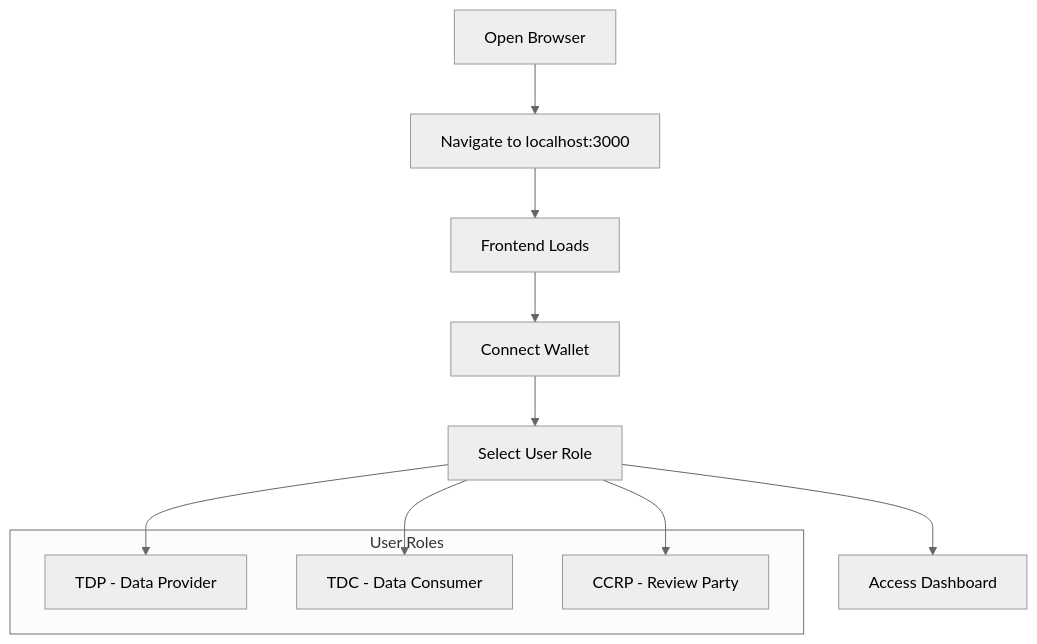
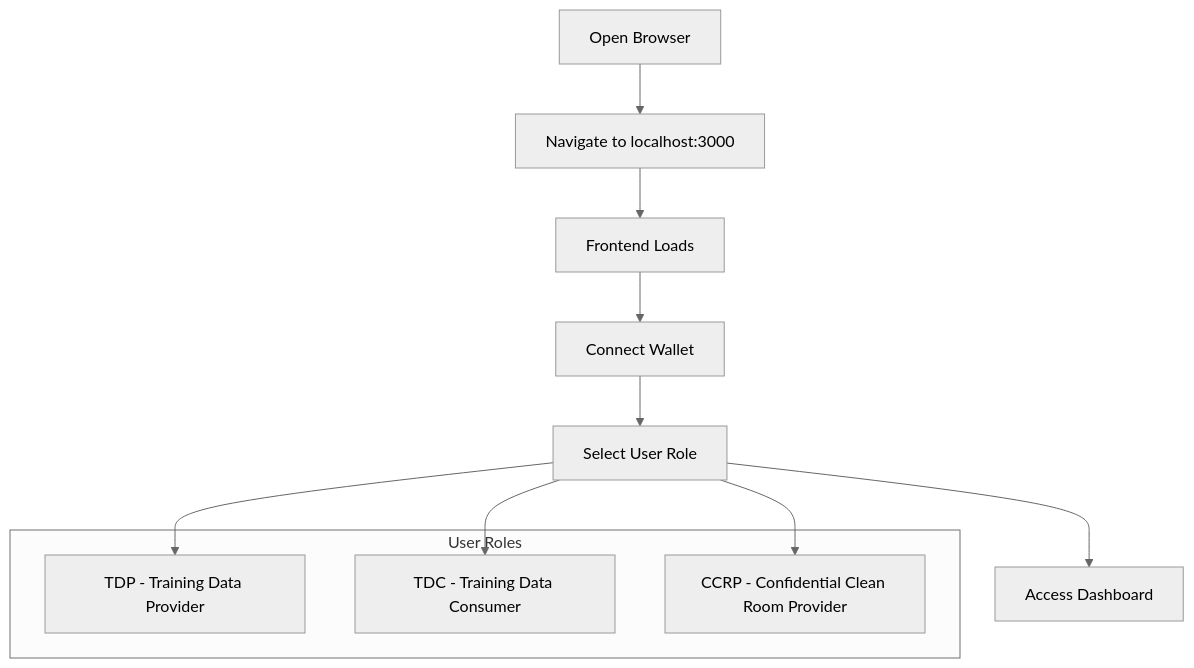
One commit to gitmujoshi/Confidential-AI-Network changed the fifth of 11 diagrams in QUICK_START_GUIDE.md. Above: the diagram before and after it, drawn with Mermaid (neutral theme). The commit also changed 5 other files, not shown here.

Commit message:
Fix terminology consistency across all documentation: TDP=Training Data Provider, TDC=Training Data Consumer, CCRP=Confidential Clean Room Provider

````diff
--- a/QUICK_START_GUIDE.md
+++ b/QUICK_START_GUIDE.md
@@ -203,18 +203,18 @@
 ```mermaid
 flowchart TD
     A[Open Browser] --> B[Navigate to localhost:3000]
     B --> C[Frontend Loads]
     C --> D[Connect Wallet]
     D --> E[Select User Role]
     E --> F[Access Dashboard]
     
     subgraph "User Roles"
-        G[TDP - Data Provider]
-        H[TDC - Data Consumer]
-        I[CCRP - Review Party]
+        G[TDP - Training Data Provider]
+        H[TDC - Training Data Consumer]
+        I[CCRP - Confidential Clean Room Provider]
     end
     
     E --> G
     E --> H
     E --> I
 ```
````
